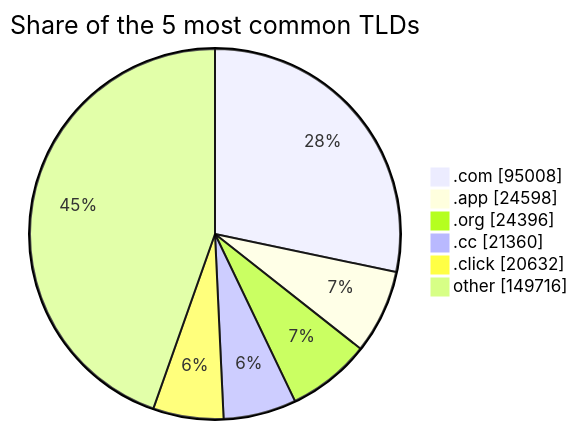
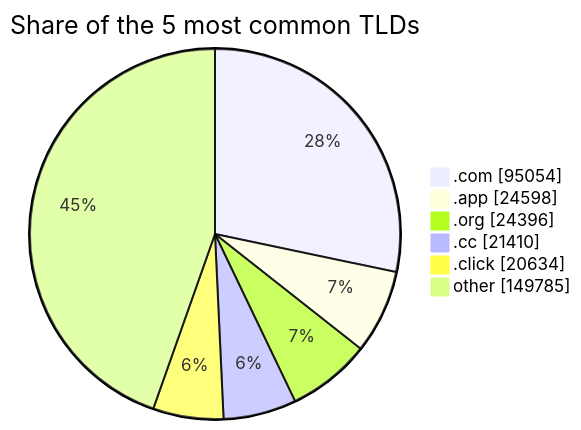
One commit to DNSBunker/CTI changed the third of 3 diagrams in README.md. Above: the diagram before and after it, drawn with Mermaid. The commit also changed other lines of this file and 4 other files, not shown here.

````diff
--- a/README.md
+++ b/README.md
@@ -81,9 +81,9 @@
 ```mermaid
 pie showData title Share of the 5 most common TLDs
-    ".com" : 95008
+    ".com" : 95054
     ".app" : 24598
     ".org" : 24396
-    ".cc" : 21360
-    ".click" : 20632
-    "other" : 149716
+    ".cc" : 21410
+    ".click" : 20634
+    "other" : 149785
 ```
````
